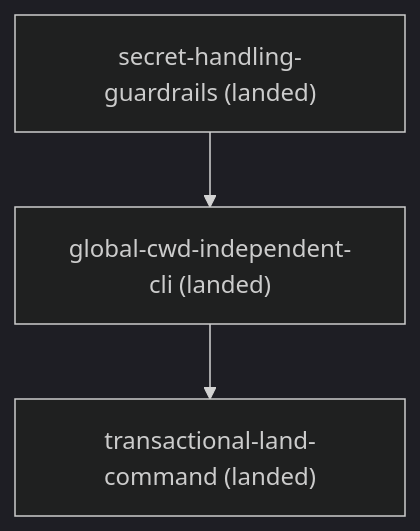
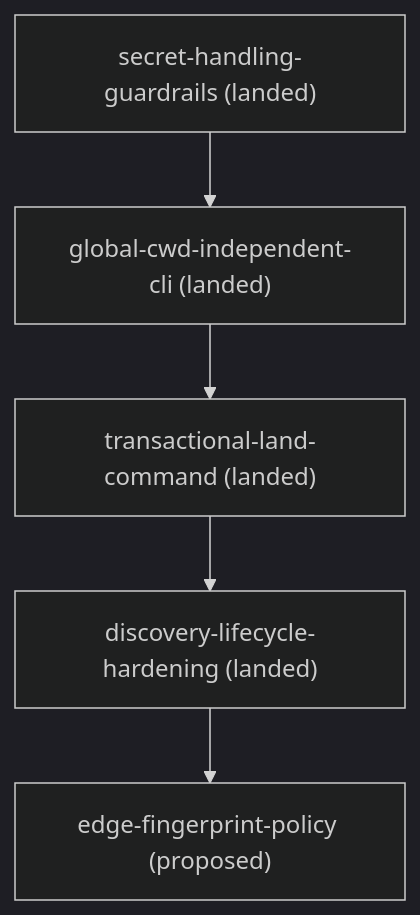
The diagram in docs/roadmap.md (kli66/doc-contract), drawn with Mermaid (dark theme) before and after one commit. The commit also changed other lines of this file and 15 other files, not shown here.

Commit message:
feat: harden document discovery lifecycle

````diff
--- a/docs/roadmap.md
+++ b/docs/roadmap.md
@@ -17,8 +23,12 @@
 ```mermaid
 flowchart TD
+    discovery_lifecycle_hardening["discovery-lifecycle-hardening (landed)"]
+    edge_fingerprint_policy["edge-fingerprint-policy (proposed)"]
     global_cwd_independent_cli["global-cwd-independent-cli (landed)"]
     secret_handling_guardrails["secret-handling-guardrails (landed)"]
     transactional_land_command["transactional-land-command (landed)"]
+    discovery_lifecycle_hardening --> edge_fingerprint_policy
     global_cwd_independent_cli --> transactional_land_command
     secret_handling_guardrails --> global_cwd_independent_cli
+    transactional_land_command --> discovery_lifecycle_hardening
 ```
````
